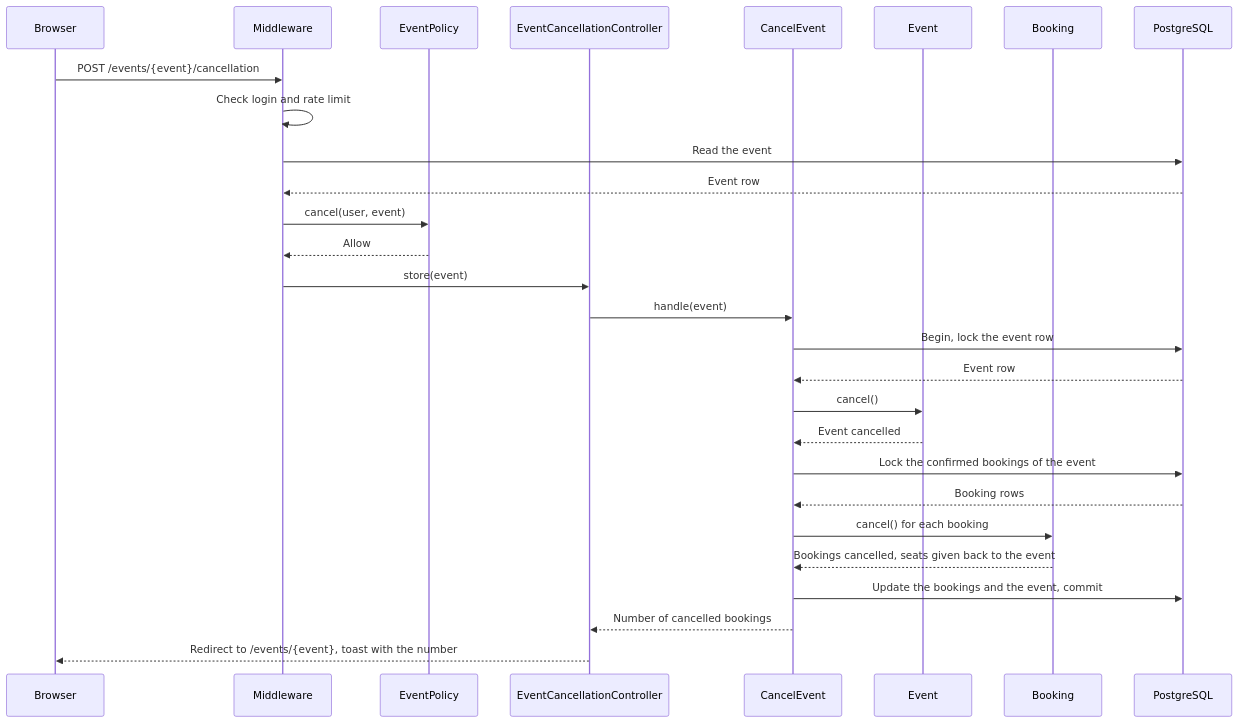
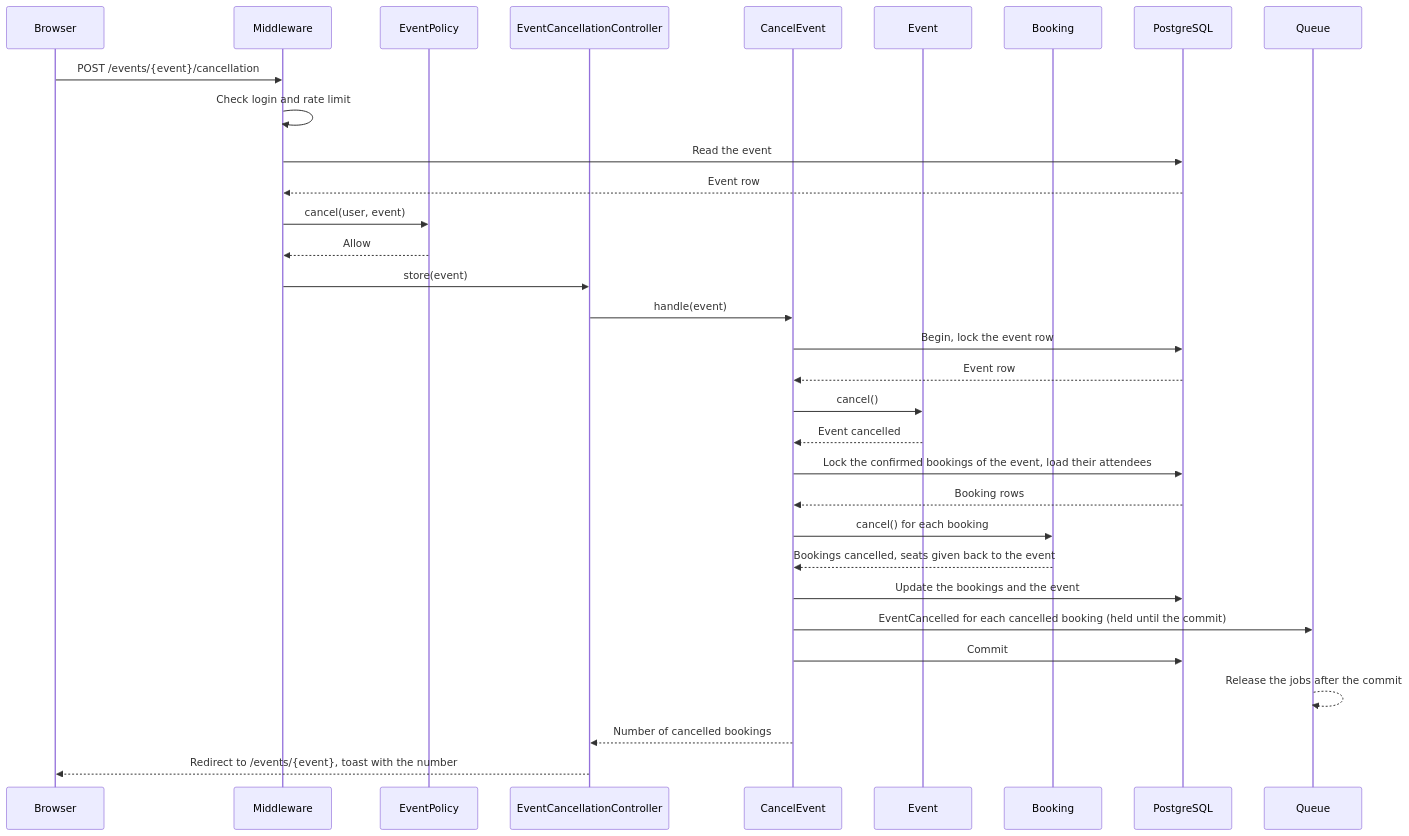
One commit to Leonelmarianog/event-booking-system changed the first of 5 diagrams in app/Actions/CancelEvent/README.md. Above: the diagram before and after it, drawn with Mermaid. The commit also changed other lines of this file and 3 other files, not shown here.

Commit message:
docs: document the EventCancelled email and update handoff

````diff
--- a/app/Actions/CancelEvent/README.md
+++ b/app/Actions/CancelEvent/README.md
@@ -47,31 +58,35 @@
 ```mermaid
 sequenceDiagram
     participant Browser
     participant Middleware
     participant Policy as EventPolicy
     participant Controller as EventCancellationController
     participant Action as CancelEvent
     participant Event
     participant Booking
     participant DB as PostgreSQL
+    participant Queue
 
     Browser->>Middleware: POST /events/{event}/cancellation
     Middleware->>Middleware: Check login and rate limit
     Middleware->>DB: Read the event
     DB-->>Middleware: Event row
     Middleware->>Policy: cancel(user, event)
     Policy-->>Middleware: Allow
     Middleware->>Controller: store(event)
     Controller->>Action: handle(event)
     Action->>DB: Begin, lock the event row
     DB-->>Action: Event row
     Action->>Event: cancel()
     Event-->>Action: Event cancelled
-    Action->>DB: Lock the confirmed bookings of the event
+    Action->>DB: Lock the confirmed bookings of the event, load their attendees
     DB-->>Action: Booking rows
     Action->>Booking: cancel() for each booking
     Booking-->>Action: Bookings cancelled, seats given back to the event
-    Action->>DB: Update the bookings and the event, commit
+    Action->>DB: Update the bookings and the event
+    Action->>Queue: EventCancelled for each cancelled booking (held until the commit)
+    Action->>DB: Commit
+    Queue-->>Queue: Release the jobs after the commit
     Action-->>Controller: Number of cancelled bookings
     Controller-->>Browser: Redirect to /events/{event}, toast with the number
 ```
````
